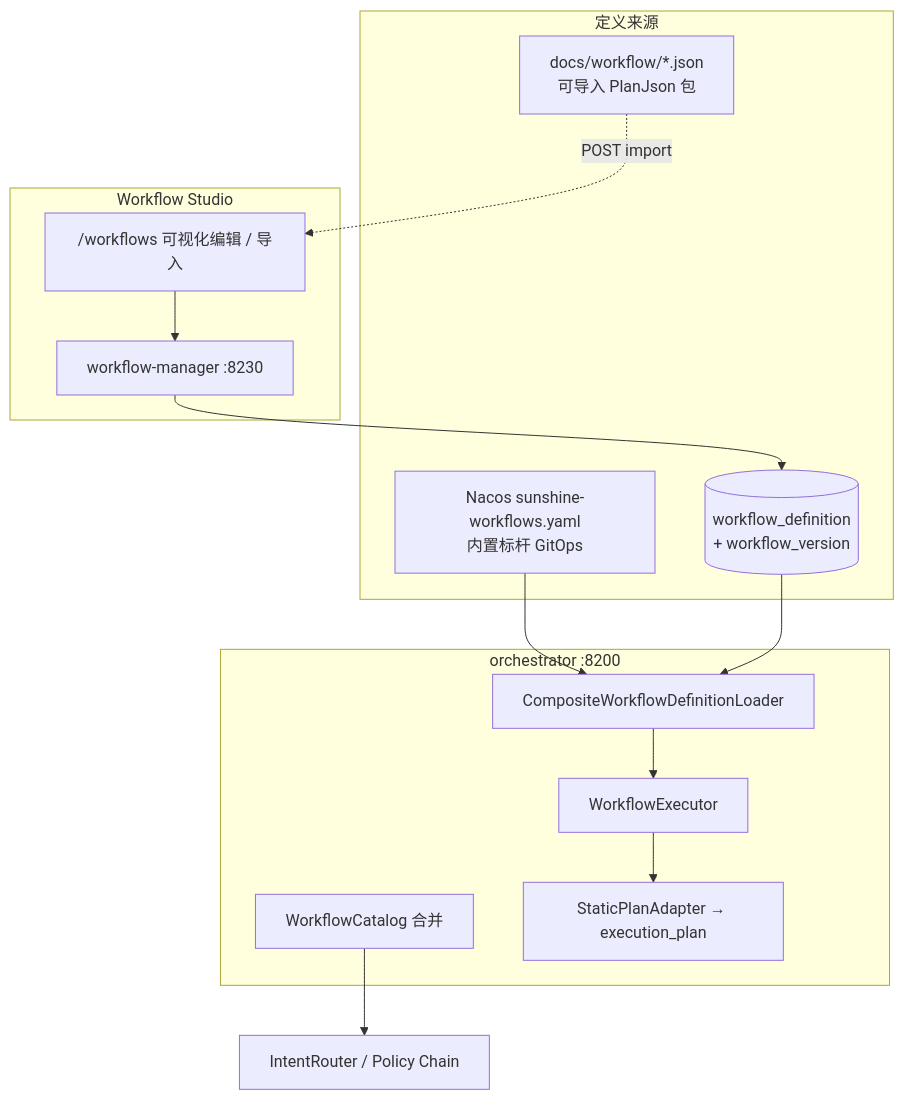
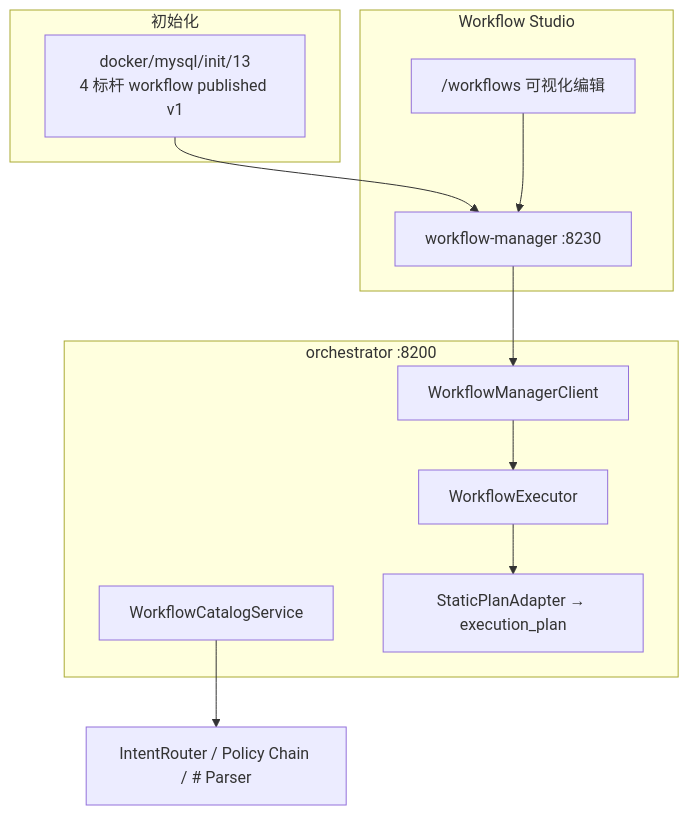
The diagram in docs/superpowers/specs/2026-06-25-workflow-studio-design.md (searchforsun/my-sunshine-agent), drawn with Mermaid before and after one commit. The commit also changed other lines of this file and 118 other files, not shown here.

````diff
--- a/docs/superpowers/specs/2026-06-25-workflow-studio-design.md
+++ b/docs/superpowers/specs/2026-06-25-workflow-studio-design.md
@@ -34,26 +37,22 @@
 ```mermaid
 flowchart TB
-    subgraph sources [定义来源]
-        NAC[Nacos sunshine-workflows.yaml<br/>内置标杆 GitOps]
-        JSON[docs/workflow/*.json<br/>可导入 PlanJson 包]
-        DB[(workflow_definition<br/>+ workflow_version)]
+    subgraph init [初始化]
+        SEED["docker/mysql/init/13<br/>4 标杆 workflow published v1"]
     end
     subgraph admin [Workflow Studio]
-        UI["/workflows 可视化编辑 / 导入"]
+        UI["/workflows 可视化编辑"]
         WM[workflow-manager :8230]
     end
     subgraph orch [orchestrator :8200]
-        WCL[CompositeWorkflowDefinitionLoader]
-        WC[WorkflowCatalog 合并]
+        WMC[WorkflowManagerClient]
+        WC[WorkflowCatalogService]
         WE[WorkflowExecutor]
         SPA[StaticPlanAdapter → execution_plan]
     end
-    JSON -.->|POST import| UI
+    SEED --> WM
     UI --> WM
-    WM --> DB
-    NAC --> WCL
-    DB --> WCL
-    WCL --> WE
-    WC --> IR[IntentRouter / Policy Chain]
+    WM --> WMC
+    WMC --> WE
+    WC --> IR[IntentRouter / Policy Chain / # Parser]
     WE --> SPA
 ```
````
